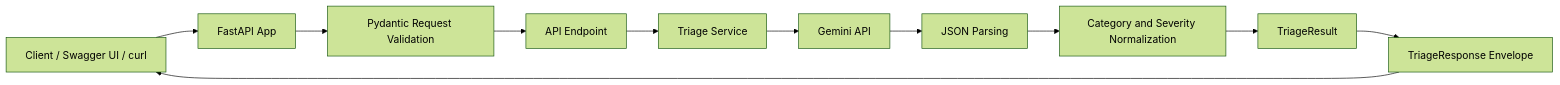
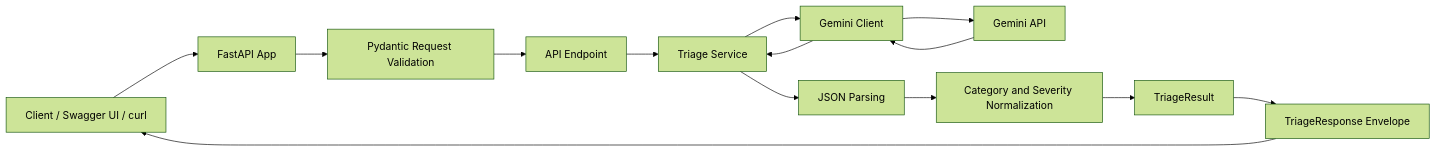
One commit to blue-monkey0/llm-support-triage-api changed the first of 2 diagrams in README.md. Above: the diagram before and after it, drawn with Mermaid (forest theme). The commit also changed other lines of this file and 4 other files, not shown here.

Commit message:
refactor(service): isolate Gemini provider client

````diff
--- a/README.md
+++ b/README.md
@@ -102,13 +117,16 @@
 ```mermaid
 flowchart LR
     Client[Client / Swagger UI / curl] --> FastAPI[FastAPI App]
     FastAPI --> Validation[Pydantic Request Validation]
     Validation --> Endpoint[API Endpoint]
     Endpoint --> Service[Triage Service]
-    Service --> Gemini[Gemini API]
-    Gemini --> Parsing[JSON Parsing]
+    Service --> GeminiClient[Gemini Client]
+    GeminiClient --> Gemini[Gemini API]
+    Gemini --> GeminiClient
+    GeminiClient --> Service
+    Service --> Parsing[JSON Parsing]
     Parsing --> Normalization[Category and Severity Normalization]
     Normalization --> Result[TriageResult]
     Result --> Envelope[TriageResponse Envelope]
     Envelope --> Client
 ```
````
